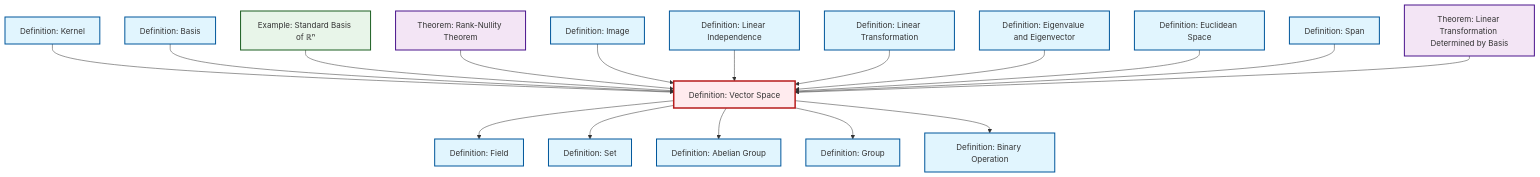
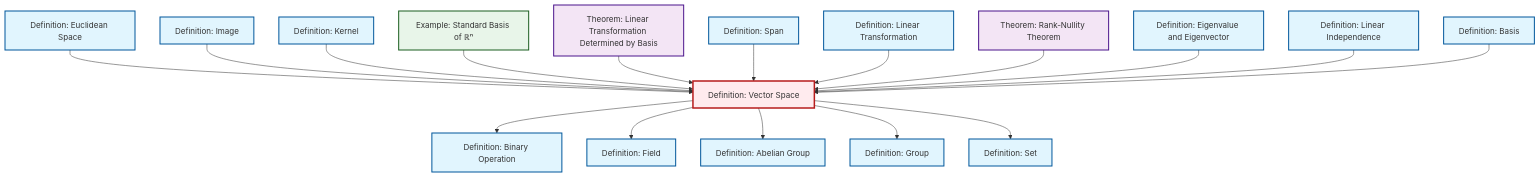
Before and after one commit to RK0429/ModernMath: the diagram in content/ja/algebra/def-vector-space.qmd, drawn with Mermaid. The commit also changed other lines of this file and 497 other files, not shown here.

````diff
--- a/content/ja/algebra/def-vector-space.qmd
+++ b/content/ja/algebra/def-vector-space.qmd
@@ -56,59 +56,59 @@
 ```{mermaid}
 %%| fig-cap: "Local dependency graph"
 graph TD
     classDef definition fill:#e1f5fe,stroke:#01579b,stroke-width:2px
     classDef theorem fill:#f3e5f5,stroke:#4a148c,stroke-width:2px
     classDef axiom fill:#fff3e0,stroke:#e65100,stroke-width:2px
     classDef example fill:#e8f5e9,stroke:#1b5e20,stroke-width:2px
     classDef current fill:#ffebee,stroke:#b71c1c,stroke-width:3px
+    def-field["Definition: Field"]:::definition
+    def-kernel["Definition: Kernel"]:::definition
+    def-eigenvalue-eigenvector["Definition: Eigenvalue and Eigenvector"]:::definition
+    def-set["Definition: Set"]:::definition
+    thm-rank-nullity["Theorem: Rank-Nullity Theorem"]:::theorem
+    def-vector-space["Definition: Vector Space"]:::definition
     def-basis["Definition: Basis"]:::definition
-    def-span["Definition: Span"]:::definition
-    def-abelian-group["Definition: Abelian Group"]:::definition
-    thm-linear-transformation-basis["Theorem: Linear Transformation Determined by Basis"]:::theorem
-    thm-rank-nullity["Theorem: Rank-Nullity Theorem"]:::theorem
-    def-kernel["Definition: Kernel"]:::definition
-    def-field["Definition: Field"]:::definition
     def-image["Definition: Image"]:::definition
-    def-set["Definition: Set"]:::definition
-    def-vector-space["Definition: Vector Space"]:::definition
-    def-eigenvalue-eigenvector["Definition: Eigenvalue and Eigenvector"]:::definition
-    ex-standard-basis-rn["Example: Standard Basis of ℝⁿ"]:::example
-    def-group["Definition: Group"]:::definition
     def-euclidean-space["Definition: Euclidean Space"]:::definition
-    def-linear-independence["Definition: Linear Independence"]:::definition
     def-binary-operation["Definition: Binary Operation"]:::definition
     def-linear-transformation["Definition: Linear Transformation"]:::definition
+    def-linear-independence["Definition: Linear Independence"]:::definition
+    def-group["Definition: Group"]:::definition
+    ex-standard-basis-rn["Example: Standard Basis of ℝⁿ"]:::example
+    thm-linear-transformation-basis["Theorem: Linear Transformation Determined by Basis"]:::theorem
+    def-abelian-group["Definition: Abelian Group"]:::definition
+    def-span["Definition: Span"]:::definition
+    def-vector-space --> def-binary-operation
     def-vector-space --> def-field
+    def-vector-space --> def-abelian-group
+    def-euclidean-space --> def-vector-space
+    def-image --> def-vector-space
+    def-kernel --> def-vector-space
+    ex-standard-basis-rn --> def-vector-space
+    thm-linear-transformation-basis --> def-vector-space
+    def-span --> def-vector-space
+    def-linear-transformation --> def-vector-space
+    def-vector-space --> def-group
+    thm-rank-nullity --> def-vector-space
+    def-eigenvalue-eigenvector --> def-vector-space
     def-vector-space --> def-set
-    def-kernel --> def-vector-space
+    def-linear-independence --> def-vector-space
     def-basis --> def-vector-space
-    ex-standard-basis-rn --> def-vector-space
-    def-vector-space --> def-abelian-group
-    thm-rank-nullity --> def-vector-space
-    def-image --> def-vector-space
-    def-linear-independence --> def-vector-space
-    def-linear-transformation --> def-vector-space
-    def-eigenvalue-eigenvector --> def-vector-space
-    def-euclidean-space --> def-vector-space
-    def-span --> def-vector-space
-    def-vector-space --> def-group
-    thm-linear-transformation-basis --> def-vector-space
-    def-vector-space --> def-binary-operation
     class def-vector-space current
+    click def-field "def-field.html" "Definition: Fieldへ"
+    click def-kernel "def-kernel.html" "Definition: Kernelへ"
+    click def-eigenvalue-eigenvector "def-eigenvalue-eigenvector.html" "Definition: Eigenvalue and Eigenvectorへ"
+    click def-set "def-set.html" "Definition: Setへ"
+    click thm-rank-nullity "thm-rank-nullity.html" "Theorem: Rank-Nullity Theoremへ"
     click def-basis "def-basis.html" "Definition: Basisへ"
-    click def-span "def-span.html" "Definition: Spanへ"
-    click def-abelian-group "def-abelian-group.html" "Definition: Abelian Groupへ"
-    click thm-linear-transformation-basis "thm-linear-transformation-basis.html" "Theorem: Linear Transformation Determined by Basisへ"
-    click thm-rank-nullity "thm-rank-nullity.html" "Theorem: Rank-Nullity Theoremへ"
-    click def-kernel "def-kernel.html" "Definition: Kernelへ"
-    click def-field "def-field.html" "Definition: Fieldへ"
     click def-image "def-image.html" "Definition: Imageへ"
-    click def-set "def-set.html" "Definition: Setへ"
-    click def-eigenvalue-eigenvector "def-eigenvalue-eigenvector.html" "Definition: Eigenvalue and Eigenvectorへ"
-    click ex-standard-basis-rn "ex-standard-basis-rn.html" "Example: Standard Basis of ℝⁿへ"
-    click def-group "def-group.html" "Definition: Groupへ"
     click def-euclidean-space "def-euclidean-space.html" "Definition: Euclidean Spaceへ"
-    click def-linear-independence "def-linear-independence.html" "Definition: Linear Independenceへ"
     click def-binary-operation "def-binary-operation.html" "Definition: Binary Operationへ"
     click def-linear-transformation "def-linear-transformation.html" "Definition: Linear Transformationへ"
+    click def-linear-independence "def-linear-independence.html" "Definition: Linear Independenceへ"
+    click def-group "def-group.html" "Definition: Groupへ"
+    click ex-standard-basis-rn "ex-standard-basis-rn.html" "Example: Standard Basis of ℝⁿへ"
+    click thm-linear-transformation-basis "thm-linear-transformation-basis.html" "Theorem: Linear Transformation Determined by Basisへ"
+    click def-abelian-group "def-abelian-group.html" "Definition: Abelian Groupへ"
+    click def-span "def-span.html" "Definition: Spanへ"
 ```
````
